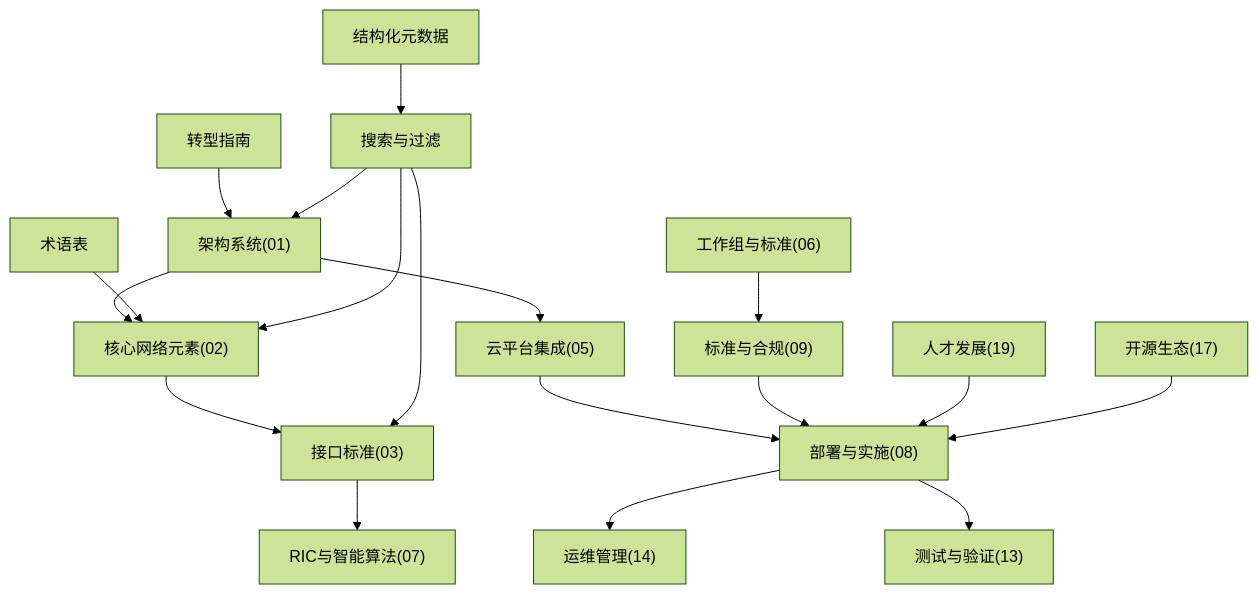
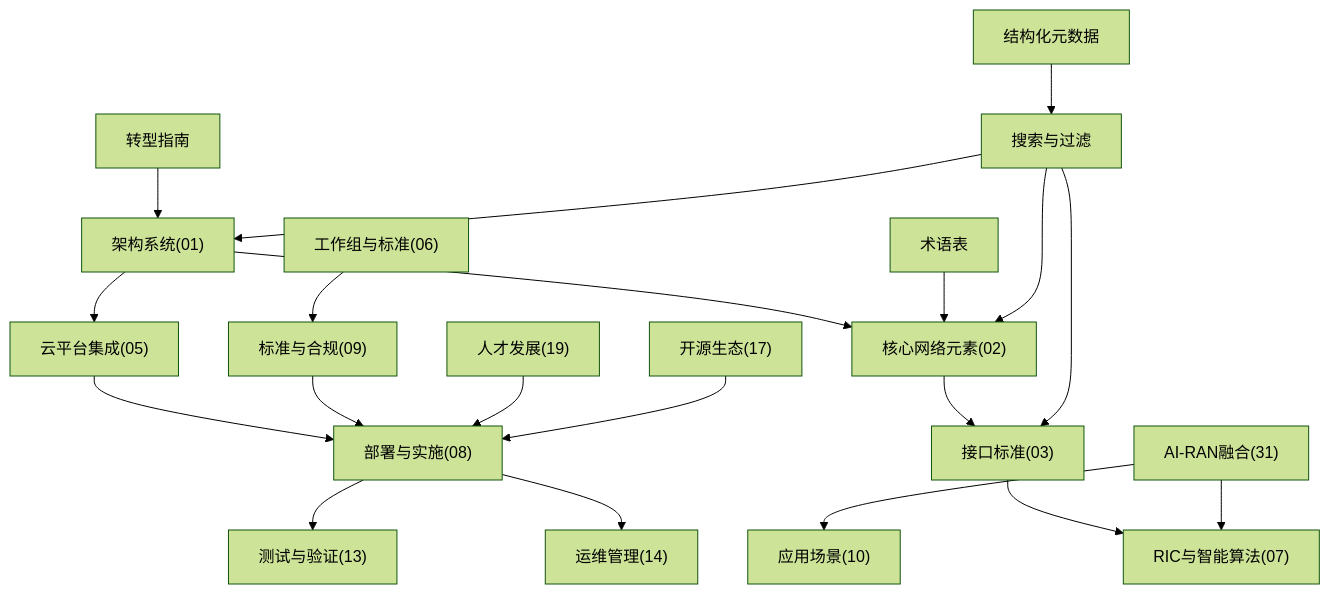
Before and after one commit to allengaller/oran-database: the seventh of 7 diagrams in .qoder/repowiki/zh/content/项目概述.md, drawn with Mermaid (forest theme). The commit also changed other lines of this file and 8 other files, not shown here.

````diff
--- a/.qoder/repowiki/zh/content/项目概述.md
+++ b/.qoder/repowiki/zh/content/项目概述.md
@@ -272,20 +334,22 @@
 ```mermaid
 graph TB
 Arch["架构系统(01)"] --> Core["核心网络元素(02)"]
 Core --> IF["接口标准(03)"]
 IF --> RIC["RIC与智能算法(07)"]
 Arch --> Cloud["云平台集成(05)"]
 Cloud --> Impl["部署与实施(08)"]
 Impl --> Ops["运维管理(14)"]
 Impl --> Test["测试与验证(13)"]
 Std["标准与合规(09)"] --> Impl
 WG["工作组与标准(06)"] --> Std
 Tal["人才发展(19)"] --> Impl
 Eco["开源生态(17)"] --> Impl
 Gloss["术语表"] --> Core
 Trans["转型指南"] --> Arch
 Meta["结构化元数据"] --> Search["搜索与过滤"]
 Search --> Arch
 Search --> Core
 Search --> IF
+AIRAN["AI-RAN融合(31)"] --> RIC
+AIRAN --> App["应用场景(10)"]
 ```
````
